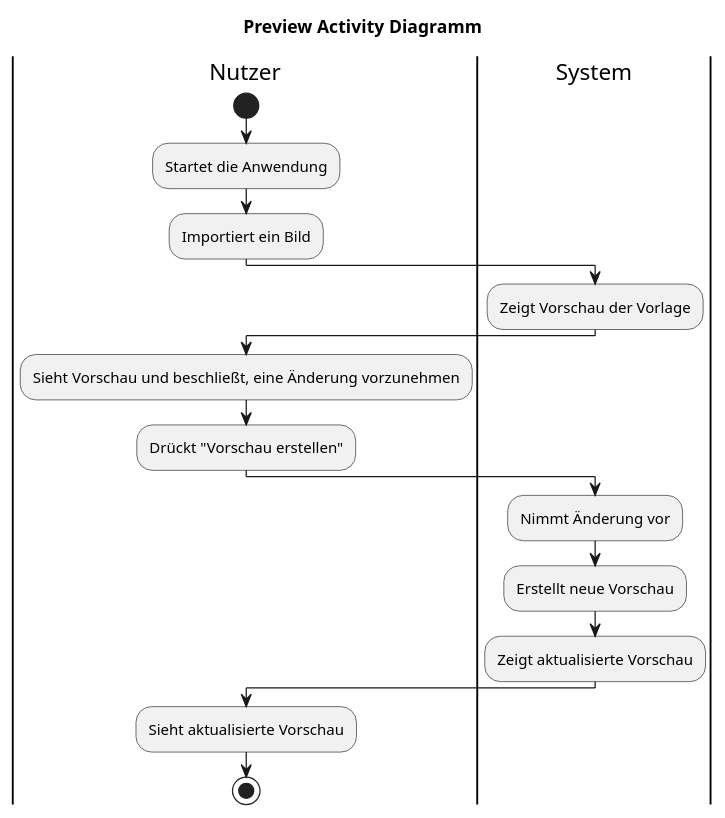
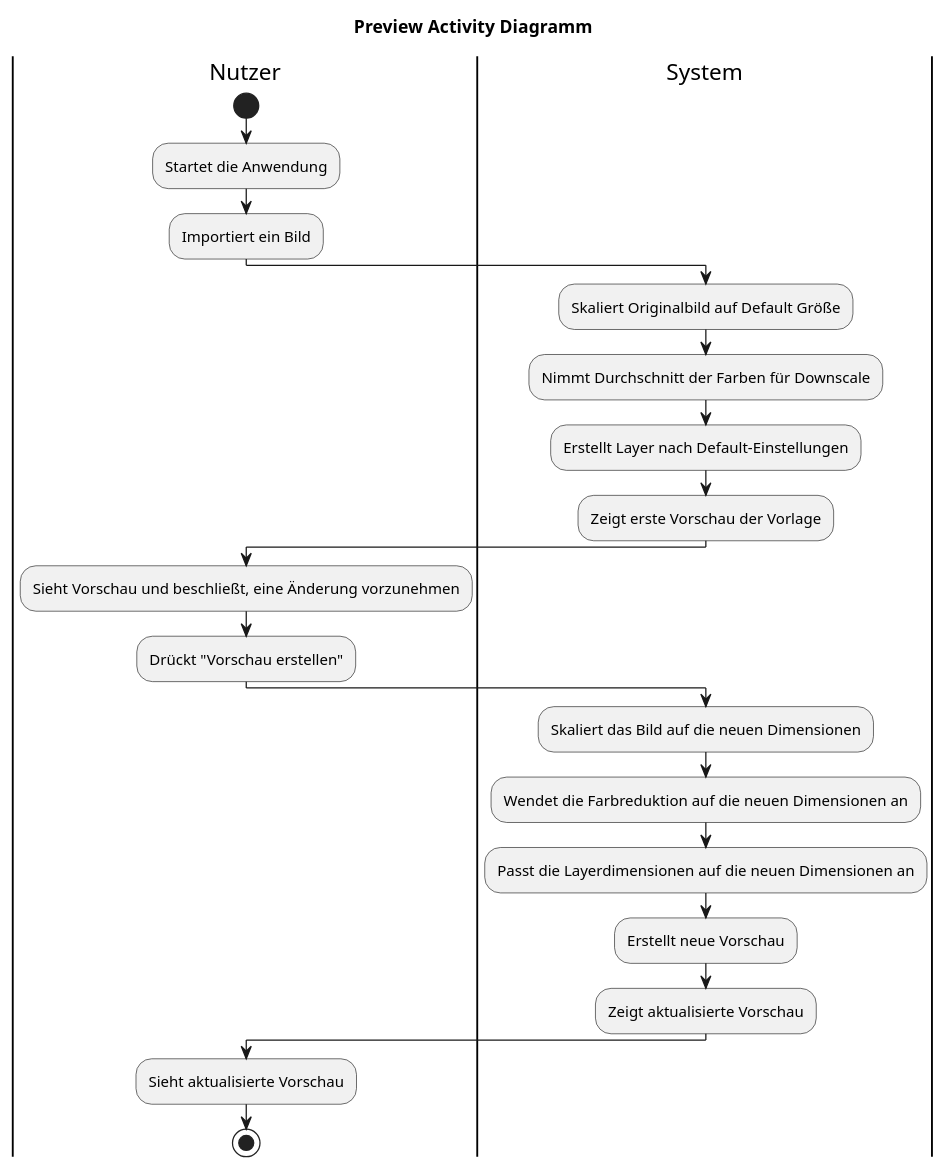
Before and after one commit to Karma-chocolate/SWE-Labor: the diagram in ActivityDiaLayerAnpassen.puml, drawn with PlantUML.

```diff
--- a/ActivityDiaLayerAnpassen.puml
+++ b/ActivityDiaLayerAnpassen.puml
@@ -1,25 +1,30 @@
 @startuml
 title Preview Activity Diagramm
 
 |Nutzer|
 start
 :Startet die Anwendung;
 :Importiert ein Bild;
 
 |System|
-:Zeigt Vorschau der Vorlage;
+:Skaliert Originalbild auf Default Größe;
+:Nimmt Durchschnitt der Farben für Downscale;
+:Erstellt Layer nach Default-Einstellungen;
+:Zeigt erste Vorschau der Vorlage;
 
 |Nutzer|
 :Sieht Vorschau und beschließt, eine Änderung vorzunehmen;
 :Drückt "Vorschau erstellen";
 
 |System|
-:Nimmt Änderung vor;
+:Skaliert das Bild auf die neuen Dimensionen;
+:Wendet die Farbreduktion auf die neuen Dimensionen an;
+:Passt die Layerdimensionen auf die neuen Dimensionen an;
 :Erstellt neue Vorschau;
 :Zeigt aktualisierte Vorschau;
 
 |Nutzer|
 :Sieht aktualisierte Vorschau;
 stop
 
 @enduml
```
